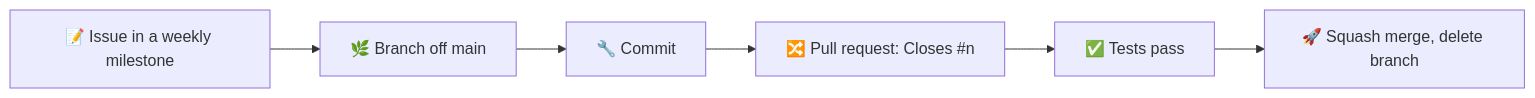
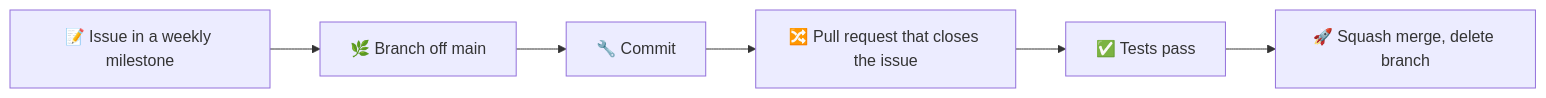
One commit to ponli550/DXP-CandidateAssessment changed the fourth of 4 diagrams in README.md. Above: the diagram before and after it, drawn with Mermaid. The commit also changed other lines of this file, not shown here.

Commit message:
Fix README diagram syntax risks (#32)

````diff
--- a/README.md
+++ b/README.md
@@ -90,8 +90,8 @@
 ```mermaid
 flowchart LR
     A[📝 Issue in a weekly milestone] --> B[🌿 Branch off main]
     B --> C[🔧 Commit]
-    C --> D[🔀 Pull request: Closes #n]
+    C --> D[🔀 Pull request that closes the issue]
     D --> E[✅ Tests pass]
     E --> F[🚀 Squash merge, delete branch]
 ```
````
